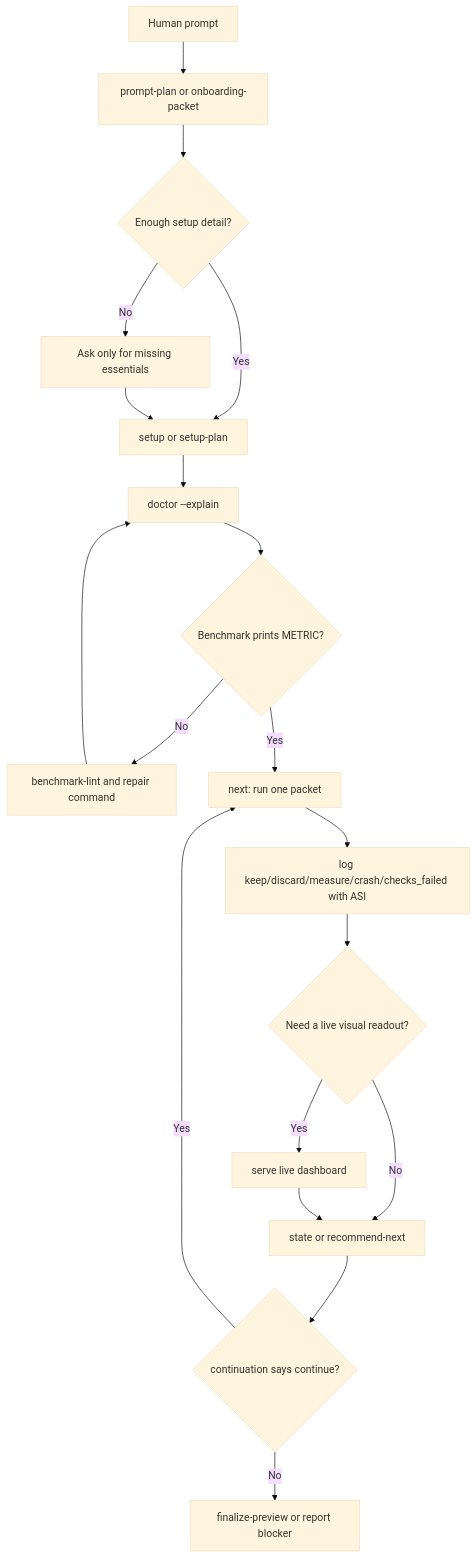
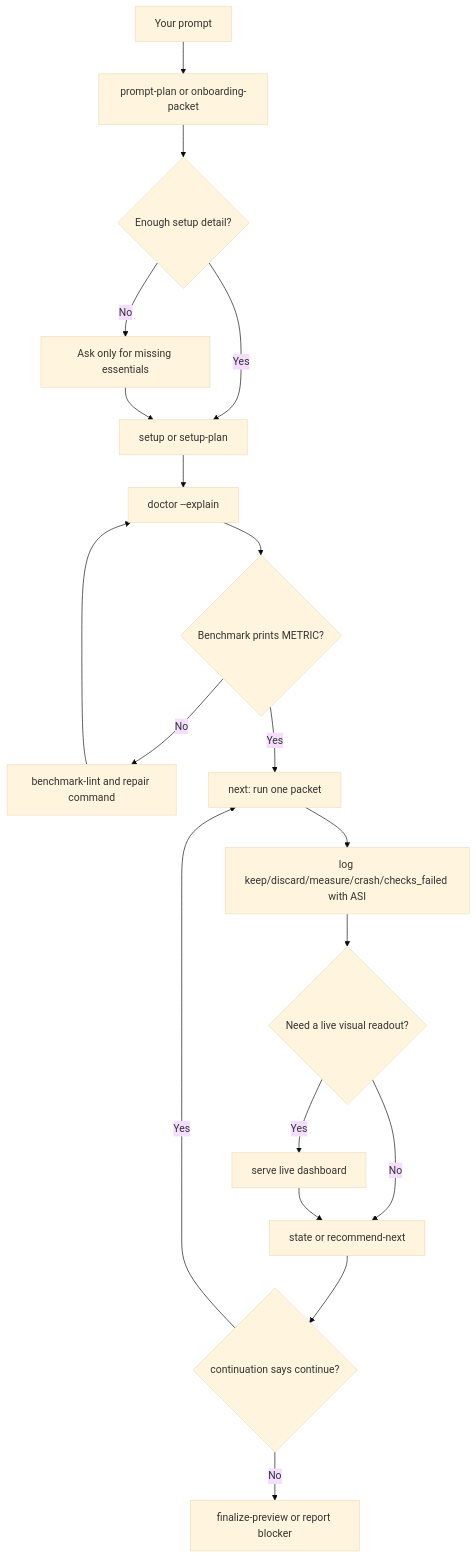
The first of 6 diagrams in plugins/codex-autoresearch/docs/workflows.md (TheGreenCedar/codex-autoresearch), drawn with Mermaid (base theme) before and after one commit. The commit also changed other lines of this file and 27 other files, not shown here.

````diff
--- a/plugins/codex-autoresearch/docs/workflows.md
+++ b/plugins/codex-autoresearch/docs/workflows.md
@@ -7,21 +7,21 @@
 ```mermaid
 flowchart TD
-  A["Human prompt"] --> B["prompt-plan or onboarding-packet"]
+  A["Your prompt"] --> B["prompt-plan or onboarding-packet"]
   B --> C{"Enough setup detail?"}
   C -- "No" --> D["Ask only for missing essentials"]
   C -- "Yes" --> E["setup or setup-plan"]
   D --> E
   E --> F["doctor --explain"]
   F --> G{"Benchmark prints METRIC?"}
   G -- "No" --> H["benchmark-lint and repair command"]
   G -- "Yes" --> I["next: run one packet"]
   H --> F
   I --> J["log keep/discard/measure/crash/checks_failed with ASI"]
   J --> K{"Need a live visual readout?"}
   K -- "Yes" --> L["serve live dashboard"]
   K -- "No" --> M["state or recommend-next"]
   L --> M
   M --> N{"continuation says continue?"}
   N -- "Yes" --> I
   N -- "No" --> O["finalize-preview or report blocker"]
 ```
````
